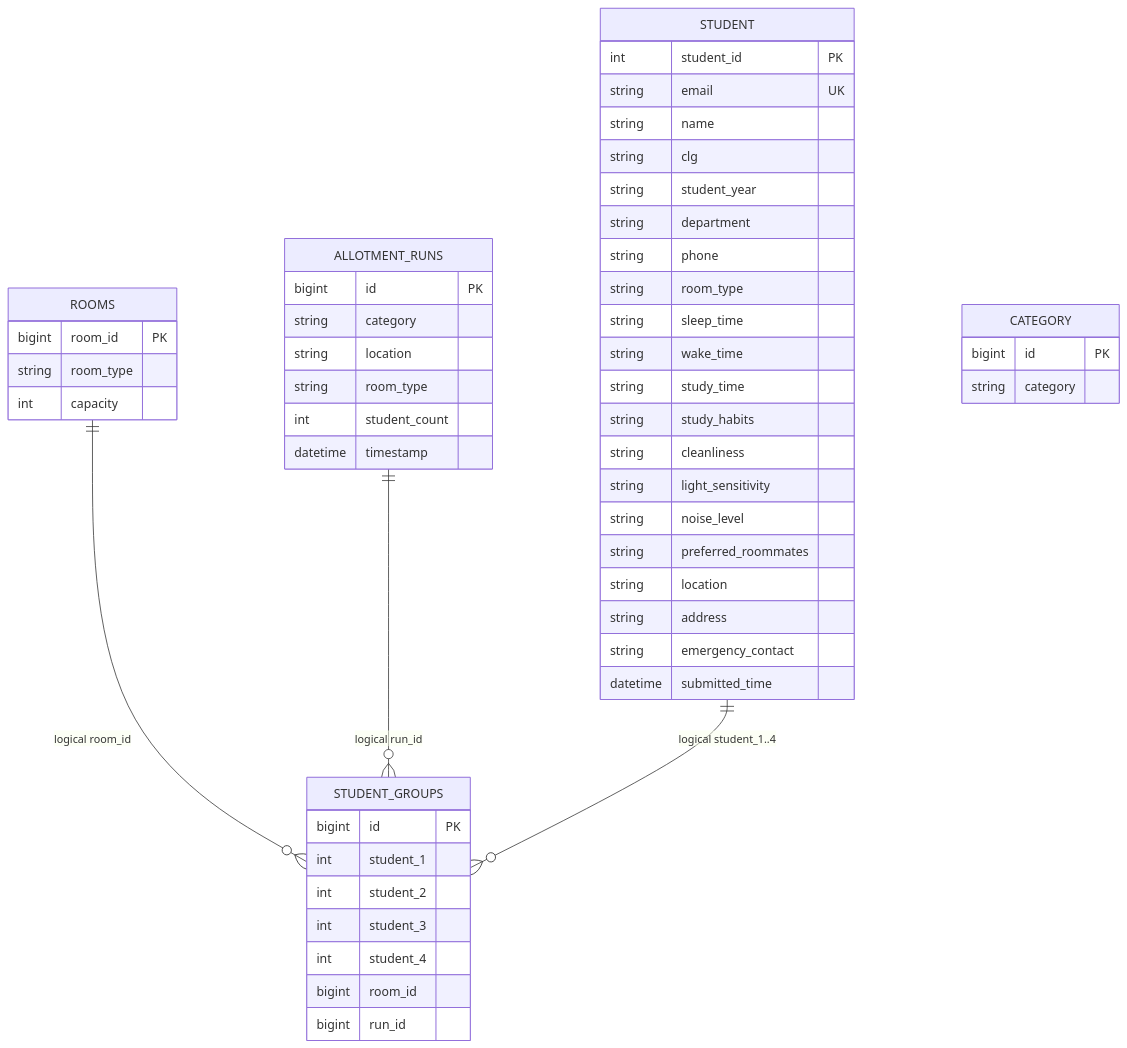
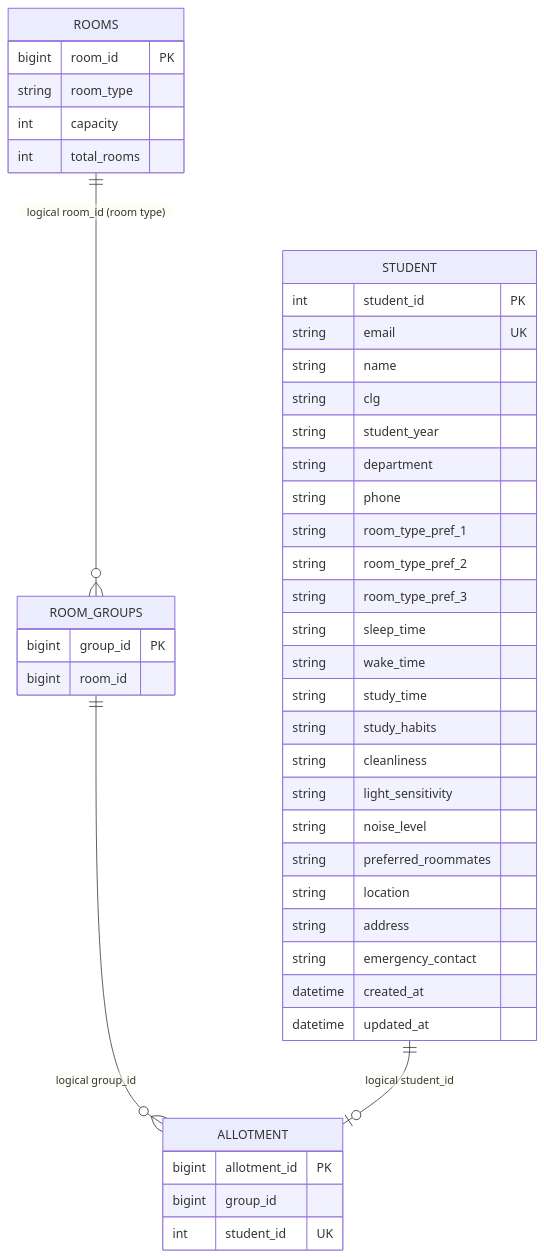
The third of 3 diagrams in readme.md (Mohit-R-04/StableRoomie), drawn with Mermaid before and after one commit. The commit also changed other lines of this file and 42 other files, not shown here.

````diff
--- a/readme.md
+++ b/readme.md
@@ -467,59 +298,50 @@
 ```mermaid
 erDiagram
     STUDENT {
         int student_id PK
         string email UK
         string name
         string clg
         string student_year
         string department
         string phone
-        string room_type
+        string room_type_pref_1
+        string room_type_pref_2
+        string room_type_pref_3
         string sleep_time
         string wake_time
         string study_time
         string study_habits
         string cleanliness
         string light_sensitivity
         string noise_level
         string preferred_roommates
         string location
         string address
         string emergency_contact
-        datetime submitted_time
+        datetime created_at
+        datetime updated_at
     }
 
     ROOMS {
         bigint room_id PK
         string room_type
         int capacity
+        int total_rooms
     }
 
-    ALLOTMENT_RUNS {
-        bigint id PK
-        string category
-        string location
-        string room_type
-        int student_count
-        datetime timestamp
+    ROOM_GROUPS {
+        bigint group_id PK
+        bigint room_id
     }
 
-    STUDENT_GROUPS {
-        bigint id PK
-        int student_1
-        int student_2
-        int student_3
-        int student_4
-        bigint room_id
-        bigint run_id
+    ALLOTMENT {
+        bigint allotment_id PK
+        bigint group_id
+        int student_id UK
     }
 
-    CATEGORY {
-        bigint id PK
-        string category
-    }
-
-    ROOMS ||--o{ STUDENT_GROUPS : "logical room_id"
-    ALLOTMENT_RUNS ||--o{ STUDENT_GROUPS : "logical run_id"
-    STUDENT ||--o{ STUDENT_GROUPS : "logical student_1..4"
+    ROOMS ||--o{ ROOM_GROUPS : "logical room_id (room type)"
+    ROOM_GROUPS ||--o{ ALLOTMENT : "logical group_id"
+    STUDENT ||--o| ALLOTMENT : "logical student_id"
 ```
````
